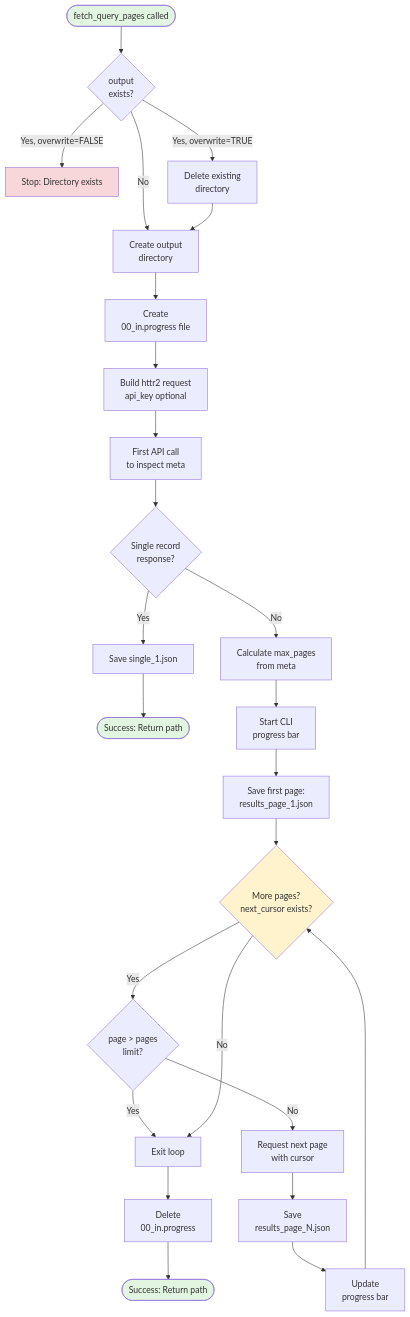
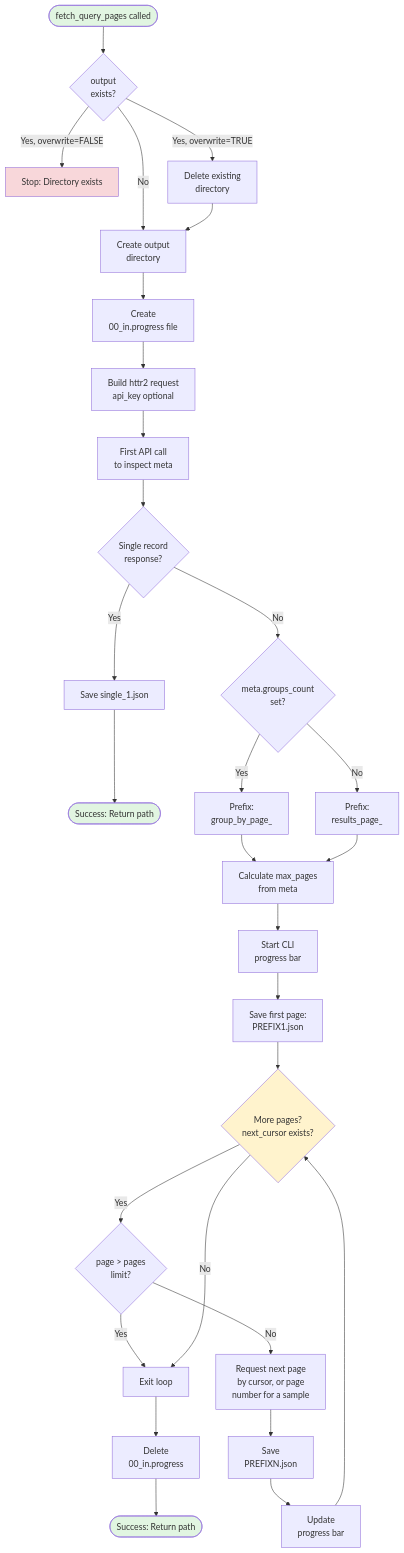
Before and after one commit to openalexPro/openalexPro: the second of 6 diagrams in vignettes/pro_request.qmd, drawn with Mermaid. The commit also changed other lines of this file and 105 other files, not shown here.

````diff
--- a/vignettes/pro_request.qmd
+++ b/vignettes/pro_request.qmd
@@ -286,41 +441,45 @@
 ```{mermaid}
 flowchart TD
     Start([fetch_query_pages called]) --> CheckOutput{output<br/>exists?}
 
     CheckOutput -->|Yes, overwrite=FALSE| ErrorExists[Stop: Directory exists]
     CheckOutput -->|Yes, overwrite=TRUE| DeleteDir[Delete existing<br/>directory]
     CheckOutput -->|No| CreateDir[Create output<br/>directory]
 
     DeleteDir --> CreateDir
     CreateDir --> CreateProgress[Create<br/>00_in.progress file]
     CreateProgress --> BuildRequest[Build httr2 request<br/>api_key optional]
 
     BuildRequest --> FirstRequest[First API call<br/>to inspect meta]
     FirstRequest --> CheckSingle{Single record<br/>response?}
 
     CheckSingle -->|Yes| SaveSingle[Save single_1.json]
     SaveSingle --> Success1([Success: Return path])
 
-    CheckSingle -->|No| CalcMaxPages[Calculate max_pages<br/>from meta]
+    CheckSingle -->|No| CheckGroup{meta.groups_count<br/>set?}
+    CheckGroup -->|Yes| PrefixGroup[Prefix:<br/>group_by_page_]
+    CheckGroup -->|No| PrefixResults[Prefix:<br/>results_page_]
+    PrefixGroup --> CalcMaxPages[Calculate max_pages<br/>from meta]
+    PrefixResults --> CalcMaxPages
     CalcMaxPages --> StartProgress[Start CLI<br/>progress bar]
-    StartProgress --> SaveFirst[Save first page:<br/>results_page_1.json]
+    StartProgress --> SaveFirst[Save first page:<br/>PREFIX1.json]
 
     SaveFirst --> PageLoop{More pages?<br/>next_cursor exists?}
 
     PageLoop -->|Yes| CheckLimit{page > pages<br/>limit?}
     CheckLimit -->|Yes| Done[Exit loop]
-    CheckLimit -->|No| NextRequest[Request next page<br/>with cursor]
-    NextRequest --> SavePage[Save<br/>results_page_N.json]
+    CheckLimit -->|No| NextRequest[Request next page<br/>by cursor, or page<br/>number for a sample]
+    NextRequest --> SavePage[Save<br/>PREFIXN.json]
     SavePage --> UpdateProgress[Update<br/>progress bar]
     UpdateProgress --> PageLoop
 
     PageLoop -->|No| Done
     Done --> DeleteProgressFile[Delete<br/>00_in.progress]
     DeleteProgressFile --> Success2([Success: Return path])
 
     style Start fill:#e1f5e1
     style Success1 fill:#e1f5e1
     style Success2 fill:#e1f5e1
     style ErrorExists fill:#f8d7da
     style PageLoop fill:#fff3cd
 ```
````
